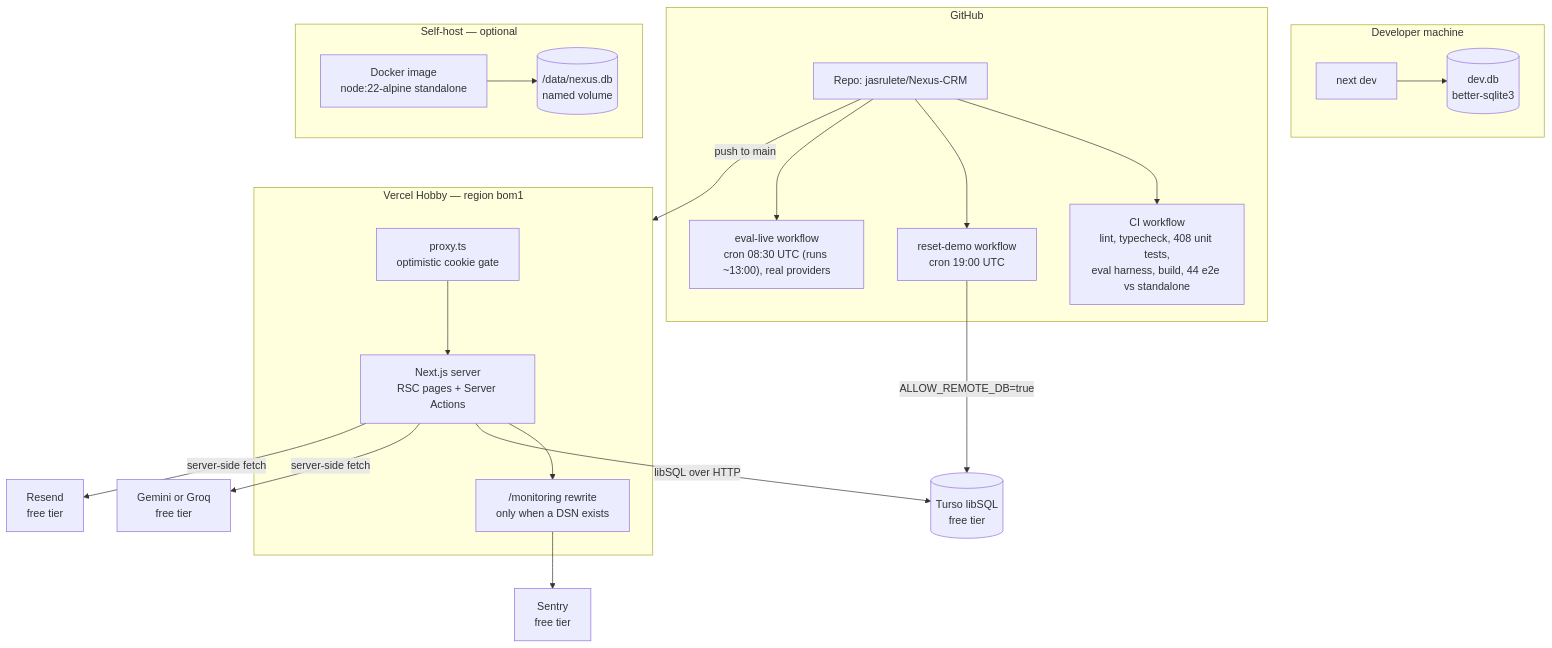
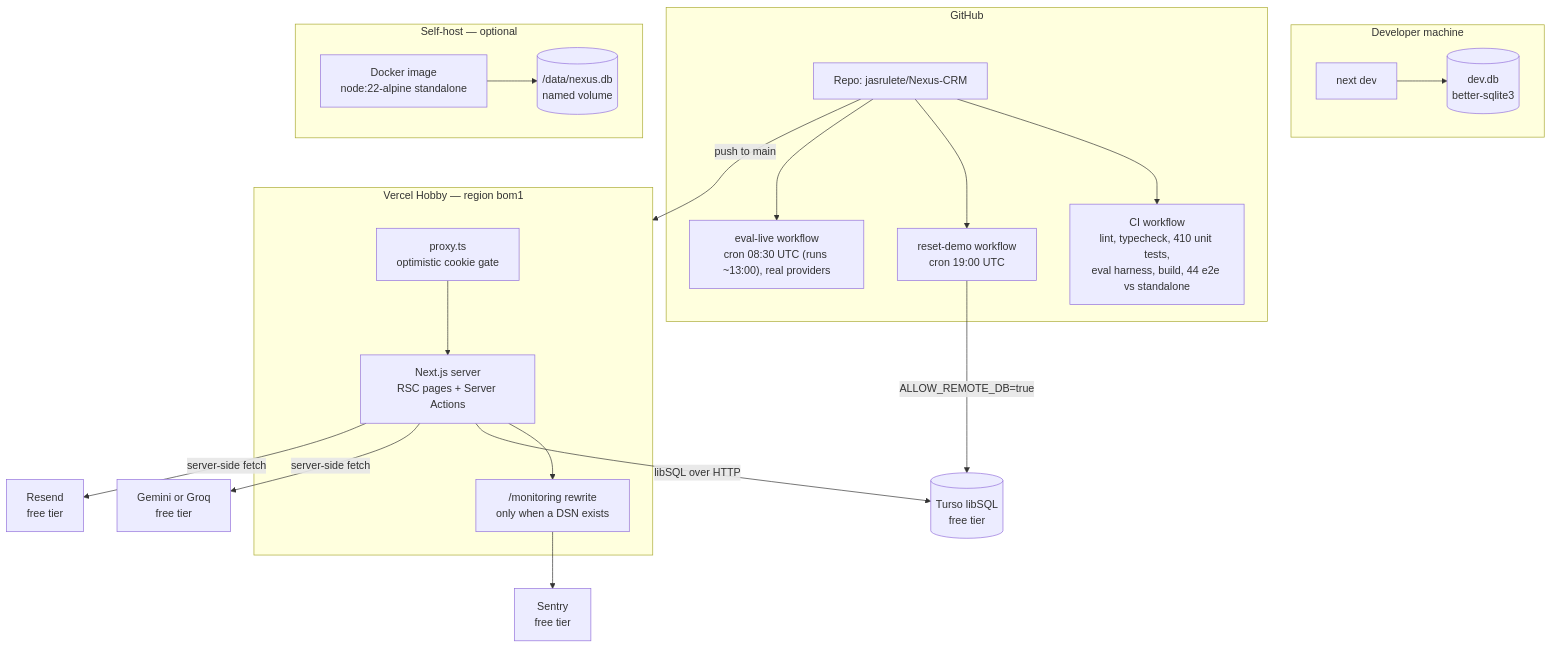
One commit to jasrulete/Nexus-CRM changed the first of 2 diagrams in docs/TECHNICAL-DESIGN.md. Above: the diagram before and after it, drawn with Mermaid. The commit also changed other lines of this file and 5 other files, not shown here.

````diff
--- a/docs/TECHNICAL-DESIGN.md
+++ b/docs/TECHNICAL-DESIGN.md
@@ -82,44 +82,44 @@
 ```mermaid
 flowchart TB
     subgraph dev["Developer machine"]
         NEXTDEV["next dev"]
         FILE[("dev.db<br/>better-sqlite3")]
         NEXTDEV --> FILE
     end
 
     subgraph gh["GitHub"]
         REPO["Repo: jasrulete/Nexus-CRM"]
-        CI["CI workflow<br/>lint, typecheck, 408 unit tests,<br/>eval harness, build, 44 e2e vs standalone"]
+        CI["CI workflow<br/>lint, typecheck, 410 unit tests,<br/>eval harness, build, 44 e2e vs standalone"]
         RESET["reset-demo workflow<br/>cron 19:00 UTC"]
         EVAL["eval-live workflow<br/>cron 08:30 UTC (runs ~13:00), real providers"]
         REPO --> CI
         REPO --> RESET
         REPO --> EVAL
     end
 
     subgraph vercel["Vercel Hobby — region bom1"]
         PROXY["proxy.ts<br/>optimistic cookie gate"]
         APP["Next.js server<br/>RSC pages + Server Actions"]
         TUNNEL["/monitoring rewrite<br/>only when a DSN exists"]
         PROXY --> APP
         APP --> TUNNEL
     end
 
     subgraph selfhost["Self-host — optional"]
         DOCKER["Docker image<br/>node:22-alpine standalone"]
         VOL[("/data/nexus.db<br/>named volume")]
         DOCKER --> VOL
     end
 
     TURSO[("Turso libSQL<br/>free tier")]
     AI["Gemini or Groq<br/>free tier"]
     RESEND["Resend<br/>free tier"]
     SENTRY["Sentry<br/>free tier"]
 
     REPO -- "push to main" --> vercel
     APP -- "libSQL over HTTP" --> TURSO
     RESET -- "ALLOW_REMOTE_DB=true" --> TURSO
     APP -- "server-side fetch" --> AI
     APP -- "server-side fetch" --> RESEND
     TUNNEL --> SENTRY
 ```
````
